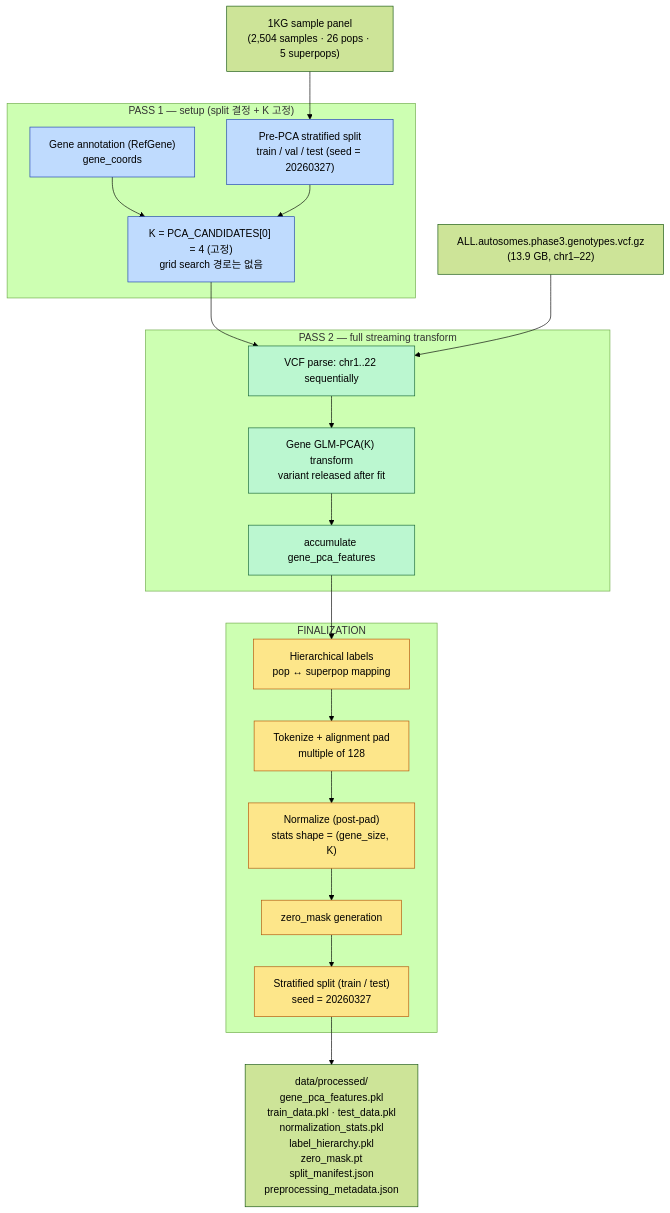
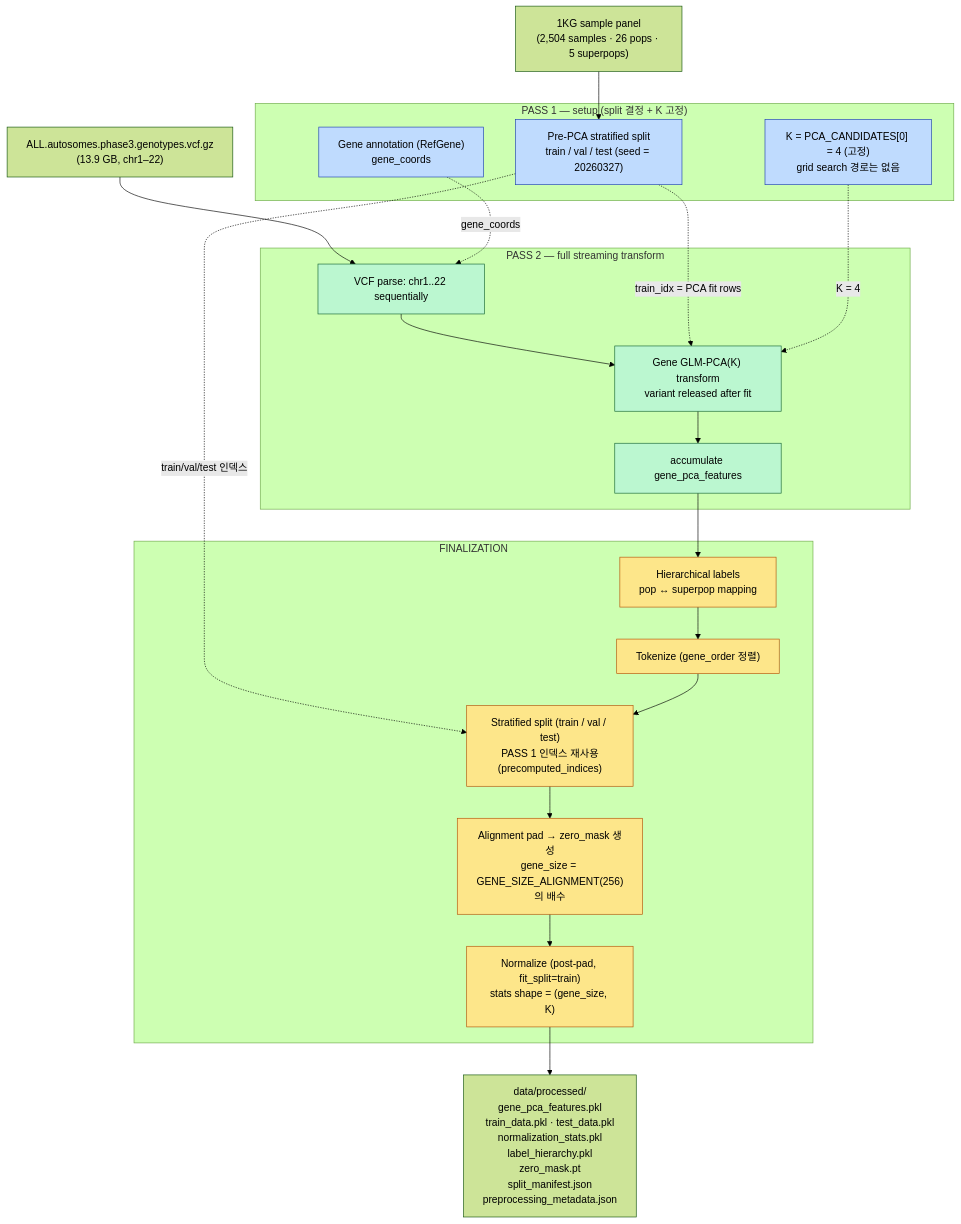
Before and after one commit to zongseung/gene-synthesis-project: the eighth of 8 diagrams in README.md, drawn with Mermaid (forest theme). The commit also changed other lines of this file and 1 other file, not shown here.

First paragraph of the commit message:
docs: correct the preprocessing parallelism and K-selection claims
Fix round 1 on the CLAUDE.md/README documentation pass.

````diff
--- a/README.md
+++ b/README.md
@@ -874,40 +874,42 @@
 ```mermaid
 flowchart TD
     VCF["ALL.autosomes.phase3.genotypes.vcf.gz<br/>(13.9 GB, chr1–22)"]
     PANEL["1KG sample panel<br/>(2,504 samples · 26 pops · 5 superpops)"]
 
     subgraph PASS1["PASS 1 — setup (split 결정 + K 고정)"]
         P1A["Gene annotation (RefGene)<br/>gene_coords"]
         P1B["Pre-PCA stratified split<br/>train / val / test (seed = 20260327)"]
         P1C["K = PCA_CANDIDATES[0] = 4 (고정)<br/>grid search 경로는 없음"]
     end
 
     subgraph PASS2["PASS 2 — full streaming transform"]
         P2A["VCF parse: chr1..22 sequentially"]
         P2B["Gene GLM-PCA(K) transform<br/>variant released after fit"]
         P2C["accumulate gene_pca_features"]
     end
 
     subgraph FIN["FINALIZATION"]
         F1["Hierarchical labels<br/>pop ↔ superpop mapping"]
-        F2["Tokenize + alignment pad<br/>multiple of 128"]
-        F3["Normalize (post-pad)<br/>stats shape = (gene_size, K)"]
-        F4["zero_mask generation"]
-        F5["Stratified split (train / test)<br/>seed = 20260327"]
+        F2["Tokenize (gene_order 정렬)"]
+        F3["Stratified split (train / val / test)<br/>PASS 1 인덱스 재사용<br/>(precomputed_indices)"]
+        F4["Alignment pad → zero_mask 생성<br/>gene_size = GENE_SIZE_ALIGNMENT(256)의 배수"]
+        F5["Normalize (post-pad, fit_split=train)<br/>stats shape = (gene_size, K)"]
     end
 
     OUT["data/processed/<br/>gene_pca_features.pkl<br/>train_data.pkl · test_data.pkl<br/>normalization_stats.pkl<br/>label_hierarchy.pkl<br/>zero_mask.pt<br/>split_manifest.json<br/>preprocessing_metadata.json"]
 
-    P1A --> P1C
-    PANEL --> P1B --> P1C
-    P1C --> P2A --> P2B --> P2C
-    VCF --> P2A
+    PANEL --> P1B
+    VCF --> P2A --> P2B --> P2C
+    P1A -. gene_coords .-> P2A
+    P1B -. train_idx = PCA fit rows .-> P2B
+    P1C -. K = 4 .-> P2B
+    P1B -. train/val/test 인덱스 .-> F3
     P2C --> F1 --> F2 --> F3 --> F4 --> F5 --> OUT
 
     classDef p1 fill:#bfdbfe,stroke:#1e40af,color:#000
     classDef p2 fill:#bbf7d0,stroke:#166534,color:#000
     classDef fin fill:#fde68a,stroke:#b45309,color:#000
     class P1A,P1B,P1C p1
     class P2A,P2B,P2C p2
     class F1,F2,F3,F4,F5 fin
 ```
````
